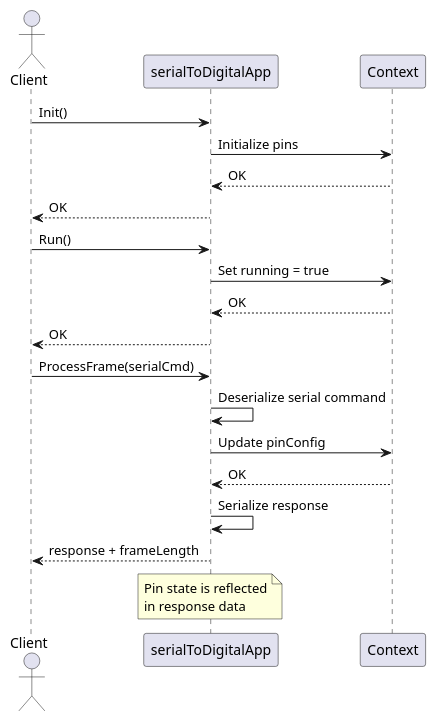
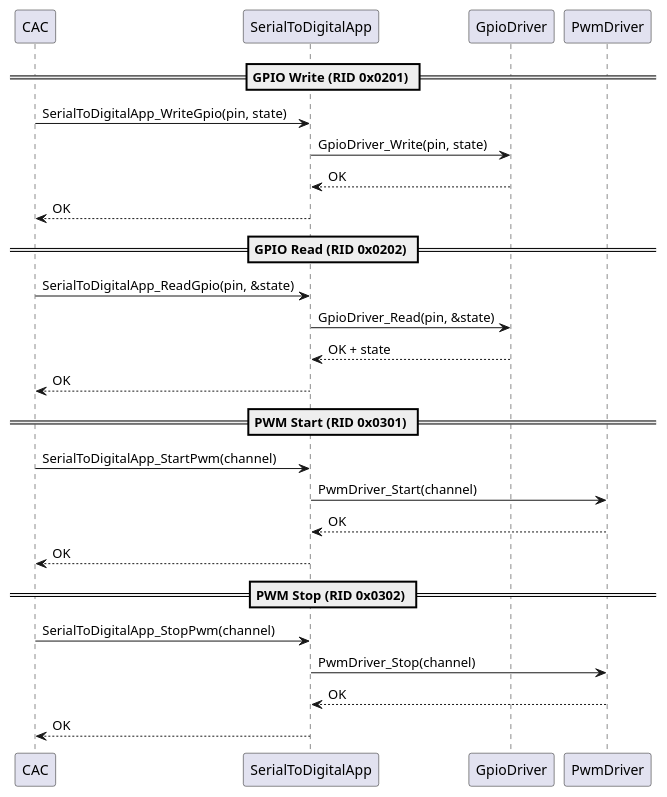
One commit to LinhTrucVo/Bico_Protocol_Bridge changed the diagram in 3_swComp/layer3Application/serialToDigitalApp/2_design/serialToDigitalAppSequenceDiagram.puml. Above: the diagram before and after it, drawn with PlantUML. The commit also changed 87 other files, not shown here.

```diff
--- a/3_swComp/layer3Application/serialToDigitalApp/2_design/serialToDigitalAppSequenceDiagram.puml
+++ b/3_swComp/layer3Application/serialToDigitalApp/2_design/serialToDigitalAppSequenceDiagram.puml
@@ -1,24 +1,30 @@
 @startuml serialToDigitalAppSequenceDiagram
-actor Client
-participant "serialToDigitalApp" as app
-participant "Context" as ctx
+participant "CAC" as cac
+participant "SerialToDigitalApp" as app
+participant "GpioDriver" as gpio
+participant "PwmDriver" as pwm
 
-Client -> app : Init()
-app -> ctx : Initialize pins
-ctx --> app : OK
-app --> Client : OK
+== GPIO Write (RID 0x0201) ==
+cac -> app : SerialToDigitalApp_WriteGpio(pin, state)
+app -> gpio : GpioDriver_Write(pin, state)
+gpio --> app : OK
+app --> cac : OK
 
-Client -> app : Run()
-app -> ctx : Set running = true
-ctx --> app : OK
-app --> Client : OK
+== GPIO Read (RID 0x0202) ==
+cac -> app : SerialToDigitalApp_ReadGpio(pin, &state)
+app -> gpio : GpioDriver_Read(pin, &state)
+gpio --> app : OK + state
+app --> cac : OK
 
-Client -> app : ProcessFrame(serialCmd)
-app -> app : Deserialize serial command
-app -> ctx : Update pinConfig
-ctx --> app : OK
-app -> app : Serialize response
-app --> Client : response + frameLength
+== PWM Start (RID 0x0301) ==
+cac -> app : SerialToDigitalApp_StartPwm(channel)
+app -> pwm : PwmDriver_Start(channel)
+pwm --> app : OK
+app --> cac : OK
 
-note over app : Pin state is reflected\nin response data
+== PWM Stop (RID 0x0302) ==
+cac -> app : SerialToDigitalApp_StopPwm(channel)
+app -> pwm : PwmDriver_Stop(channel)
+pwm --> app : OK
+app --> cac : OK
 @enduml
```
